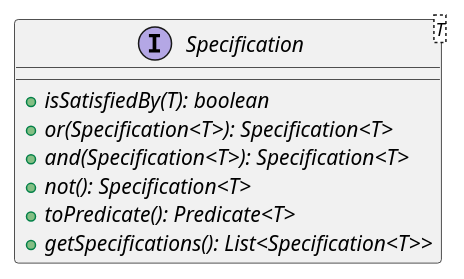
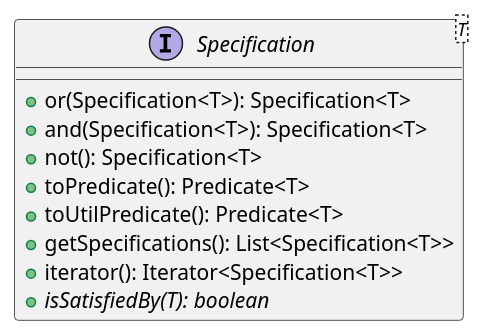
One commit to P-Kalin/kit26a changed the diagram in malokhvii-eduard/malokhvii05/doc/plantuml/ua/khpi/oop/malokhvii05/common/specification/Specification.puml. Above: the diagram before and after it, drawn with PlantUML. The commit also changed 53 other files, not shown here.

Commit message:
#3, #9 malokhvii05: update graphs

```diff
--- a/malokhvii-eduard/malokhvii05/doc/plantuml/ua/khpi/oop/malokhvii05/common/specification/Specification.puml
+++ b/malokhvii-eduard/malokhvii05/doc/plantuml/ua/khpi/oop/malokhvii05/common/specification/Specification.puml
@@ -1,12 +1,14 @@
 @startuml
 
     interface Specification<T> {
+        +or(Specification<T>): Specification<T>
+        +and(Specification<T>): Specification<T>
+        +not(): Specification<T>
+        +toPredicate(): Predicate<T>
+        +toUtilPredicate(): Predicate<T>
+        +getSpecifications(): List<Specification<T>>
+        +iterator(): Iterator<Specification<T>>
         {abstract} +isSatisfiedBy(T): boolean
-        {abstract} +or(Specification<T>): Specification<T>
-        {abstract} +and(Specification<T>): Specification<T>
-        {abstract} +not(): Specification<T>
-        {abstract} +toPredicate(): Predicate<T>
-        {abstract} +getSpecifications(): List<Specification<T>>
     }
 
 @enduml
```
